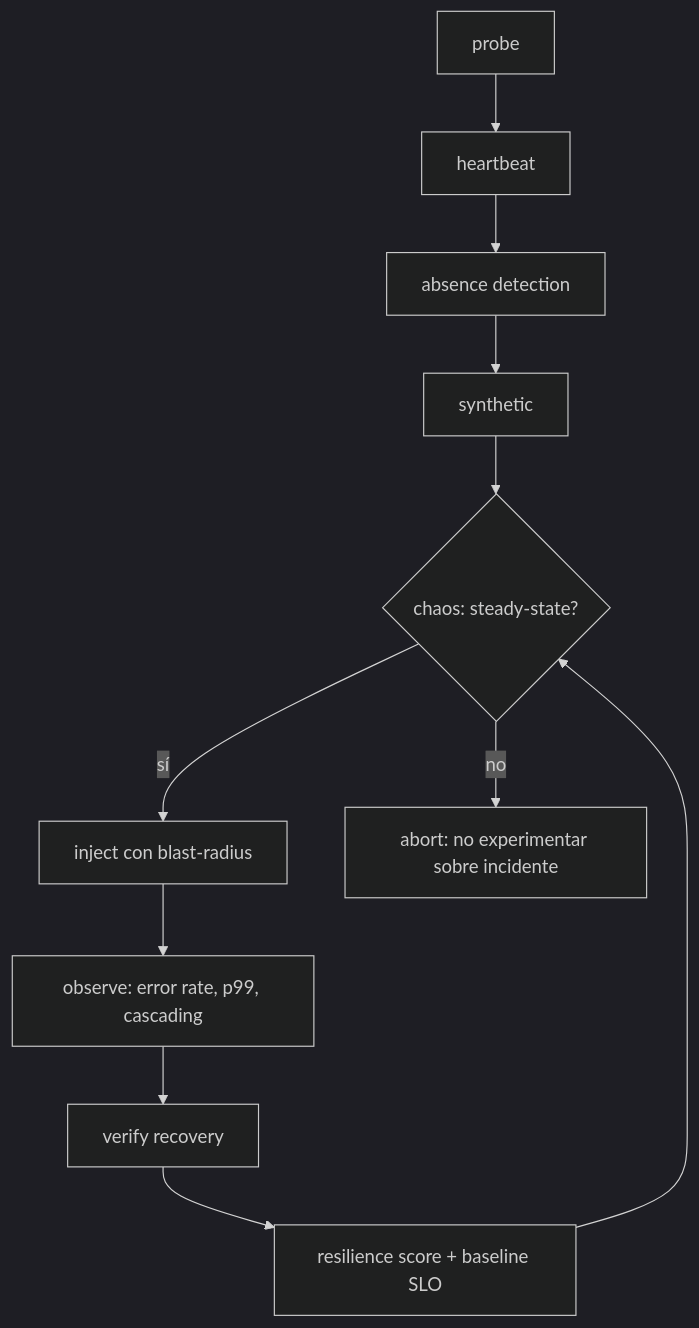
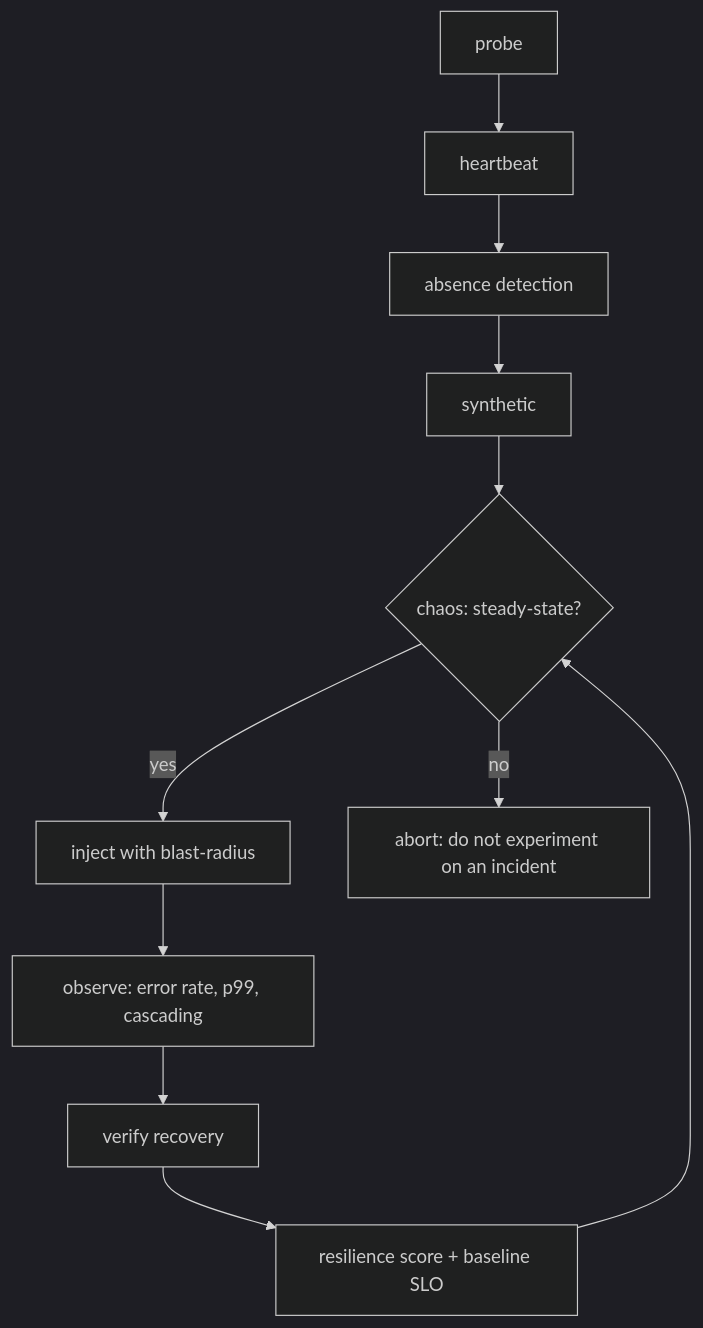
One commit to chimeranext/better-toolkits changed the diagram in toolkits/assurance-toolkit/references/liveness/protocol.md. Above: the diagram before and after it, drawn with Mermaid (dark theme). The commit also changed other lines of this file and 26 other files, not shown here.

````diff
--- a/toolkits/assurance-toolkit/references/liveness/protocol.md
+++ b/toolkits/assurance-toolkit/references/liveness/protocol.md
@@ -45,13 +45,13 @@
 ```mermaid
 flowchart TD
     P[probe] --> H[heartbeat]
     H --> A[absence detection]
     A --> S[synthetic]
     S --> C{chaos: steady-state?}
-    C -->|sí| I[inject con blast-radius]
-    C -->|no| W[abort: no experimentar sobre incidente]
+    C -->|yes| I[inject with blast-radius]
+    C -->|no| W[abort: do not experiment on an incident]
     I --> O[observe: error rate, p99, cascading]
     O --> R[verify recovery]
     R --> SC[resilience score + baseline SLO]
     SC --> C
 ```
````
